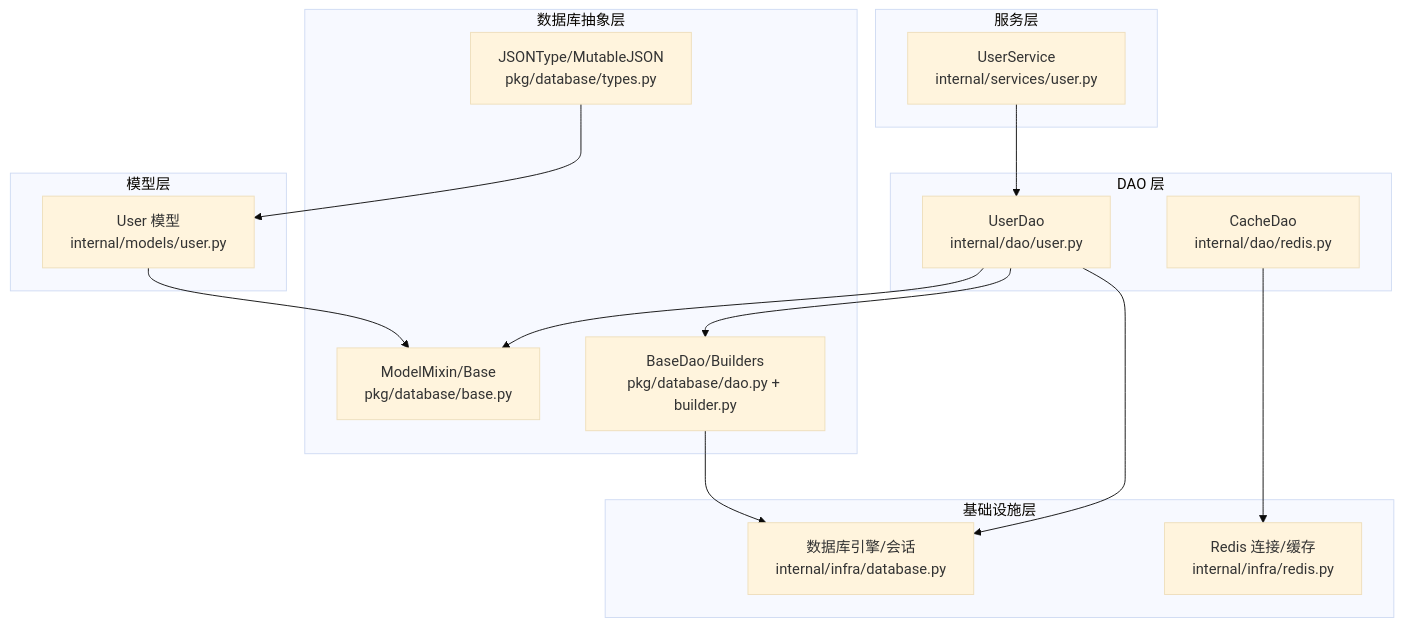
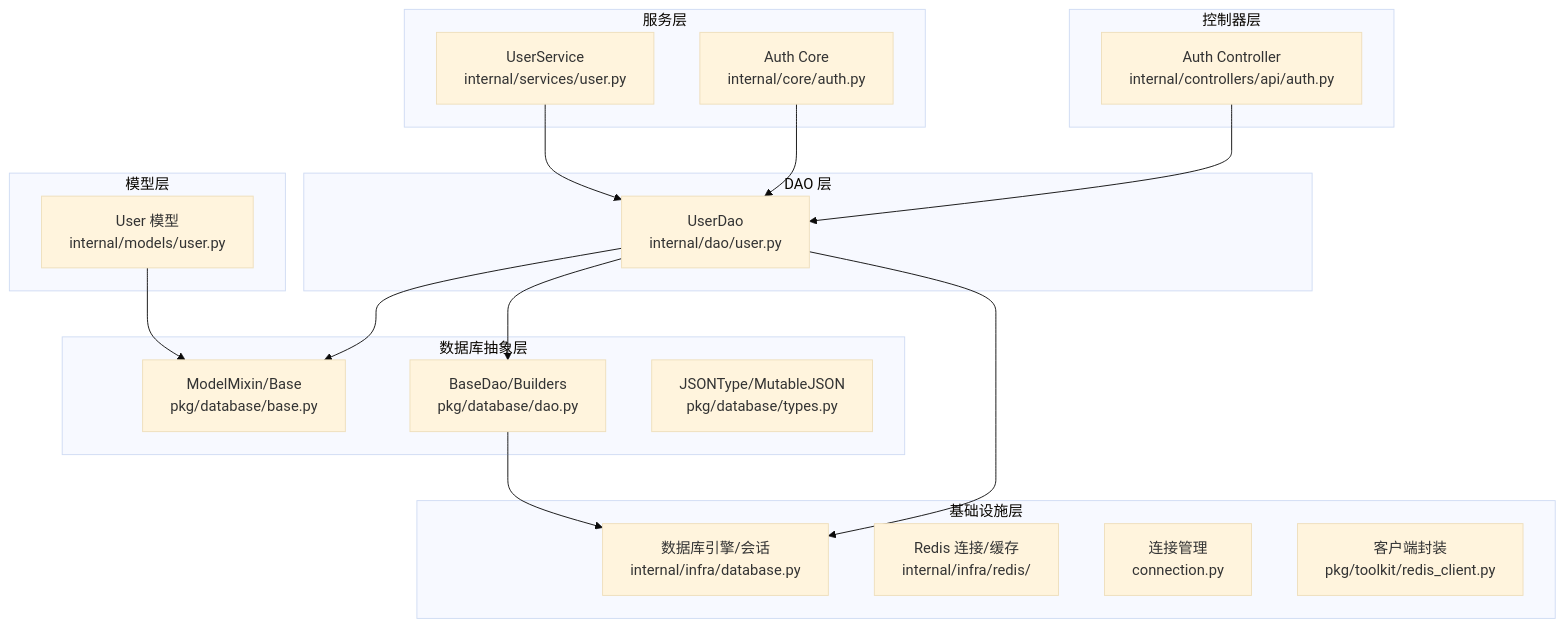
One commit to lilinzezzzzzz/fastapi-backend changed the first of 10 diagrams in .qoder/repowiki/zh/content/数据访问层/数据访问层.md. Above: the diagram before and after it, drawn with Mermaid (base theme). The commit also changed other lines of this file and 42 other files, not shown here.

````diff
--- a/.qoder/repowiki/zh/content/数据访问层/数据访问层.md
+++ b/.qoder/repowiki/zh/content/数据访问层/数据访问层.md
@@ -41,30 +51,35 @@
 ```mermaid
 graph TB
 subgraph "服务层"
 Svc["UserService<br/>internal/services/user.py"]
+AuthCore["Auth Core<br/>internal/core/auth.py"]
 end
 subgraph "DAO 层"
 UDao["UserDao<br/>internal/dao/user.py"]
-RDao["CacheDao<br/>internal/dao/redis.py"]
 end
 subgraph "数据库抽象层"
 Base["ModelMixin/Base<br/>pkg/database/base.py"]
-DaoCore["BaseDao/Builders<br/>pkg/database/dao.py + builder.py"]
+DaoCore["BaseDao/Builders<br/>pkg/database/dao.py"]
 Types["JSONType/MutableJSON<br/>pkg/database/types.py"]
 end
 subgraph "基础设施层"
 InfraDb["数据库引擎/会话<br/>internal/infra/database.py"]
-InfraRedis["Redis 连接/缓存<br/>internal/infra/redis.py"]
+InfraRedis["Redis 连接/缓存<br/>internal/infra/redis/"]
+RedisConn["连接管理<br/>connection.py"]
+RedisClient["客户端封装<br/>pkg/toolkit/redis_client.py"]
 end
 subgraph "模型层"
 UserModel["User 模型<br/>internal/models/user.py"]
 end
+subgraph "控制器层"
+AuthCtrl["Auth Controller<br/>internal/controllers/api/auth.py"]
+end
 Svc --> UDao
+AuthCore --> UDao
+AuthCtrl --> UDao
 UDao --> Base
 UDao --> DaoCore
 UDao --> InfraDb
-RDao --> InfraRedis
 DaoCore --> InfraDb
 UserModel --> Base
-Types --> UserModel
 ```
````
